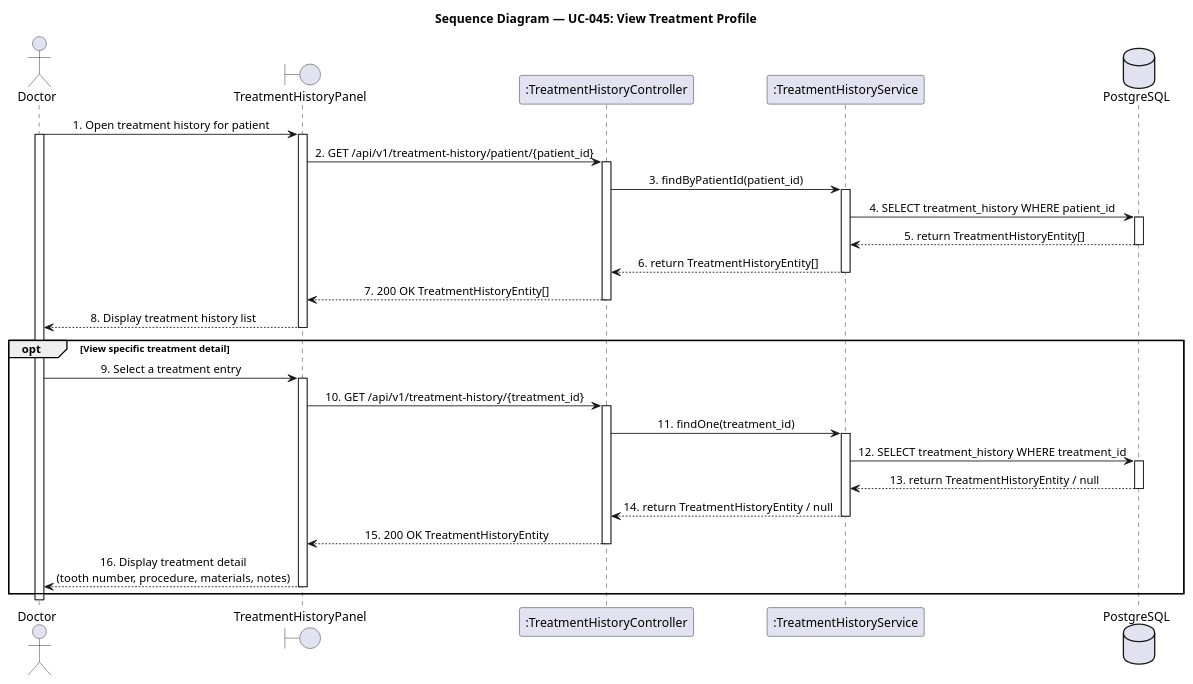
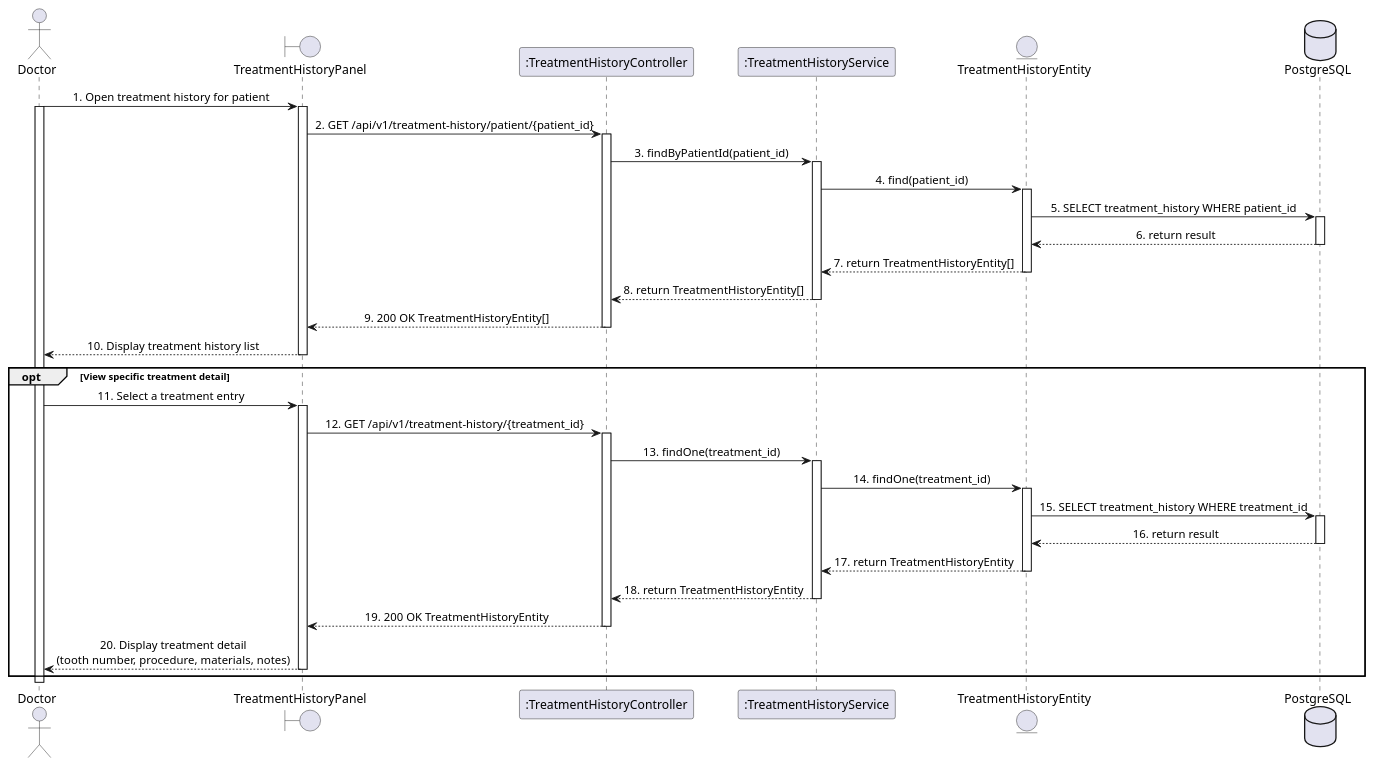
One commit to LTPPPP/Smart-Medical-Intelligent-Ledger-for-E-health-S.M.I.L.E- changed the diagram in docs/sequence-diagram/UC45_ViewTreatmentProfile.puml. Above: the diagram before and after it, drawn with PlantUML. The commit also changed 114 other files, not shown here.

Commit message:
feat: complete class,sequence

```diff
--- a/docs/sequence-diagram/UC45_ViewTreatmentProfile.puml
+++ b/docs/sequence-diagram/UC45_ViewTreatmentProfile.puml
@@ -1,64 +1,70 @@
 @startuml SequenceDiagram
 skinparam shadowing false
 skinparam sequenceMessageAlign center
-
-title Sequence Diagram — UC-045: View Treatment Profile
-
 actor "Doctor" as user
 boundary "TreatmentHistoryPanel" as form
 participant ":TreatmentHistoryController" as ctrl
 participant ":TreatmentHistoryService" as treatSvc
+entity "TreatmentHistoryEntity" as treatEntity
 database "PostgreSQL" as db
 
 user -> form : 1. Open treatment history for patient
 activate user
 activate form
 
 form -> ctrl : 2. GET /api/v1/treatment-history/patient/{patient_id}
 activate ctrl
 
 ctrl -> treatSvc : 3. findByPatientId(patient_id)
 activate treatSvc
 
-treatSvc -> db : 4. SELECT treatment_history WHERE patient_id
+treatSvc -> treatEntity : 4. find(patient_id)
+activate treatEntity
+treatEntity -> db : 5. SELECT treatment_history WHERE patient_id
 activate db
-db --> treatSvc : 5. return TreatmentHistoryEntity[]
+db --> treatEntity : 6. return result
 deactivate db
+treatEntity --> treatSvc : 7. return TreatmentHistoryEntity[]
+deactivate treatEntity
 
-treatSvc --> ctrl : 6. return TreatmentHistoryEntity[]
+treatSvc --> ctrl : 8. return TreatmentHistoryEntity[]
 deactivate treatSvc
 
-ctrl --> form : 7. 200 OK TreatmentHistoryEntity[]
+ctrl --> form : 9. 200 OK TreatmentHistoryEntity[]
 deactivate ctrl
 
-form --> user : 8. Display treatment history list
+form --> user : 10. Display treatment history list
 deactivate form
 
 opt View specific treatment detail
-  user -> form : 9. Select a treatment entry
+  user -> form : 11. Select a treatment entry
   activate form
 
-  form -> ctrl : 10. GET /api/v1/treatment-history/{treatment_id}
+  form -> ctrl : 12. GET /api/v1/treatment-history/{treatment_id}
   activate ctrl
 
-  ctrl -> treatSvc : 11. findOne(treatment_id)
+  ctrl -> treatSvc : 13. findOne(treatment_id)
   activate treatSvc
 
-  treatSvc -> db : 12. SELECT treatment_history WHERE treatment_id
+  treatSvc -> treatEntity : 14. findOne(treatment_id)
+  activate treatEntity
+  treatEntity -> db : 15. SELECT treatment_history WHERE treatment_id
   activate db
-  db --> treatSvc : 13. return TreatmentHistoryEntity / null
+  db --> treatEntity : 16. return result
   deactivate db
+  treatEntity --> treatSvc : 17. return TreatmentHistoryEntity
+  deactivate treatEntity
 
-  treatSvc --> ctrl : 14. return TreatmentHistoryEntity / null
+  treatSvc --> ctrl : 18. return TreatmentHistoryEntity
   deactivate treatSvc
 
-  ctrl --> form : 15. 200 OK TreatmentHistoryEntity
+  ctrl --> form : 19. 200 OK TreatmentHistoryEntity
   deactivate ctrl
 
-  form --> user : 16. Display treatment detail\n(tooth number, procedure, materials, notes)
+  form --> user : 20. Display treatment detail\n(tooth number, procedure, materials, notes)
   deactivate form
 end
 
 deactivate user
 
 @enduml
```
